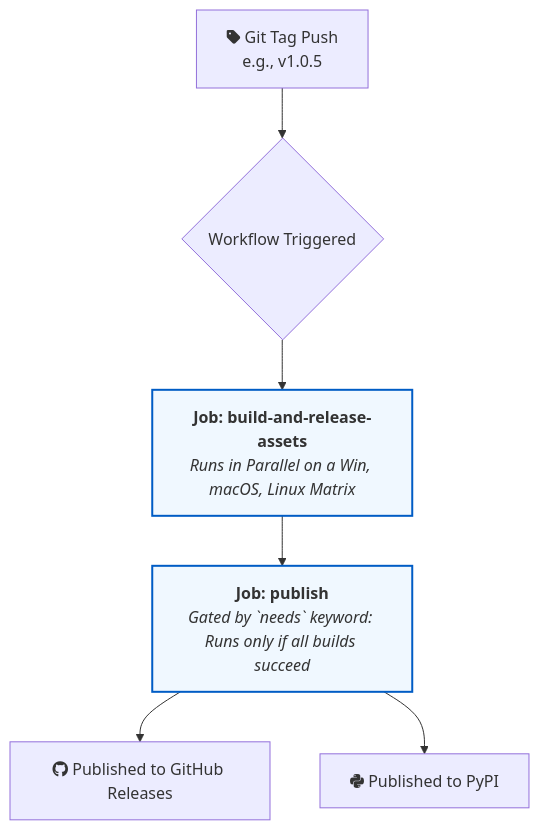
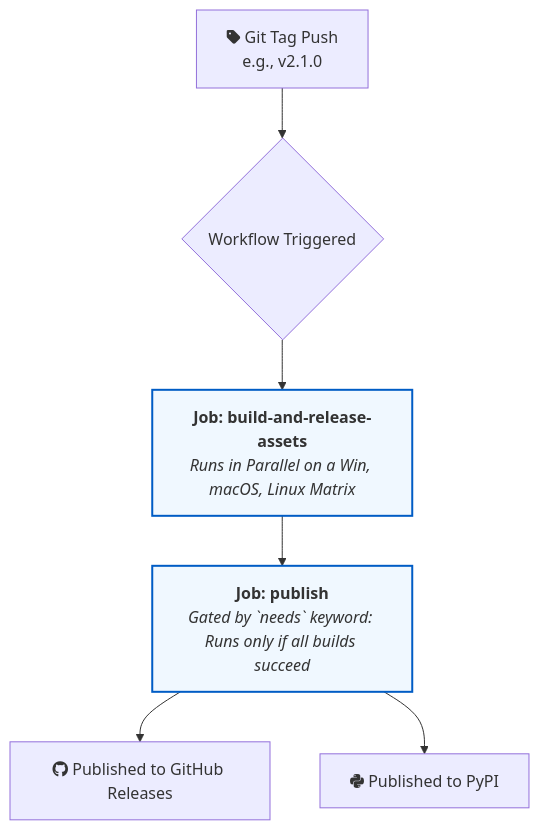
Before and after one commit to Alessio2704/monte-carlo-simulator: the second of 2 diagrams in README.md, drawn with Mermaid. The commit also changed other lines of this file, not shown here.

````diff
--- a/README.md
+++ b/README.md
@@ -159,11 +160,11 @@
 ```mermaid
 graph TD;
-    A[<i class='fa fa-tag'></i> Git Tag Push<br/>e.g., v1.0.5] --> B{Workflow Triggered};
+    A[<i class='fa fa-tag'></i> Git Tag Push<br/>e.g., v2.1.0] --> B{Workflow Triggered};
     B --> C["<strong>Job: build-and-release-assets</strong><br/><em>Runs in Parallel on a Win, macOS, Linux Matrix</em>"];
     C --> D["<strong>Job: publish</strong><br/><em>Gated by `needs` keyword: Runs only if all builds succeed</em>"];
     D --> E[<i class='fab fa-github'></i> Published to GitHub Releases];
     D --> F[<i class='fab fa-python'></i> Published to PyPI];
 
     classDef job fill:#f0f8ff,stroke:#005cc5,stroke-width:2px;
     class C,D job
 ```
````
